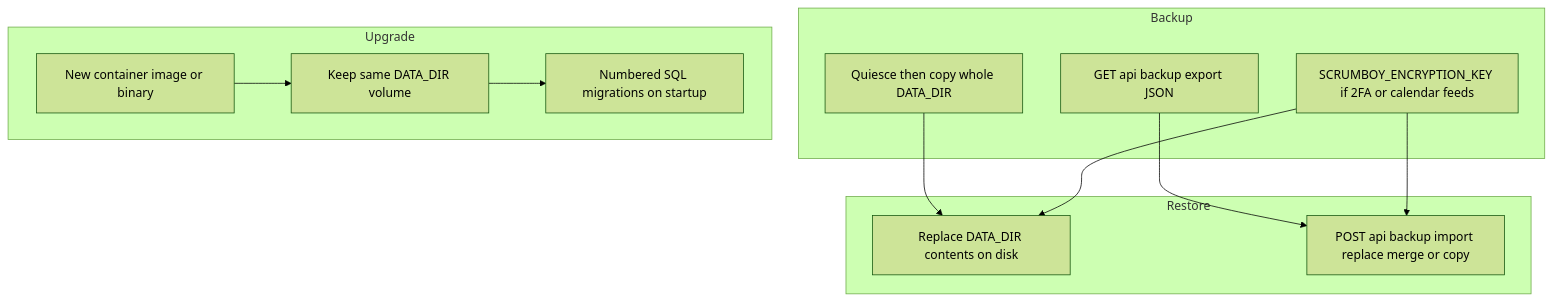
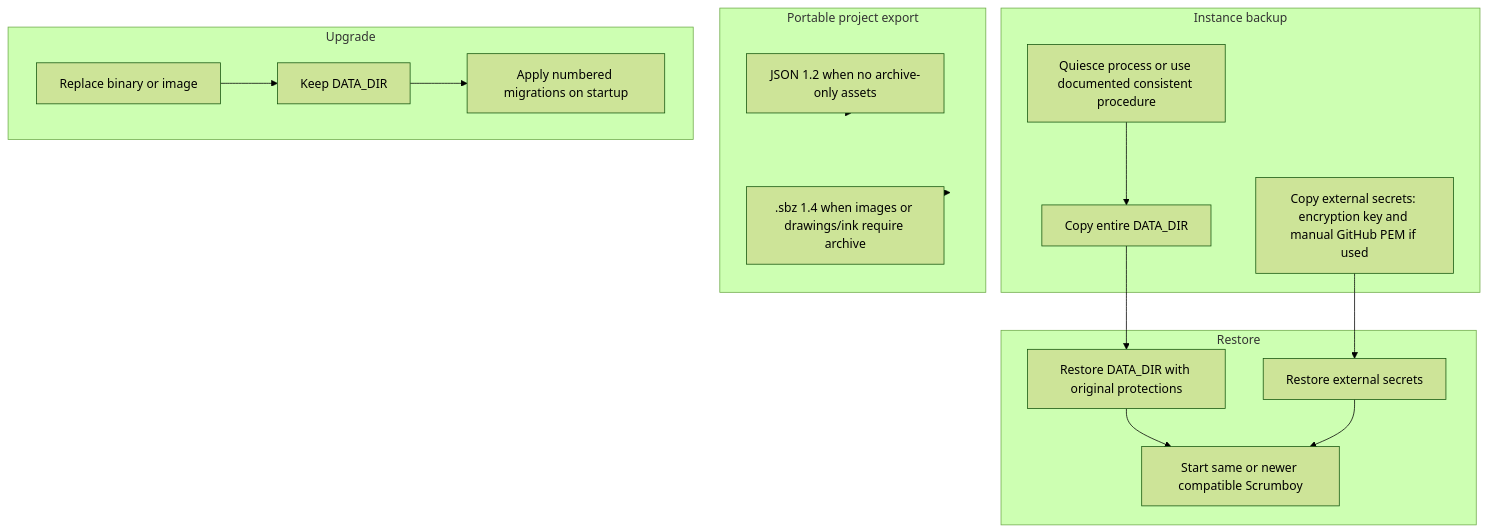
One commit to markrai/scrumboy changed the third of 3 diagrams in docs/diagrams/scrumboy_deployment_ops.md. Above: the diagram before and after it, drawn with Mermaid (forest theme). The commit also changed other lines of this file and 4 other files, not shown here.

First line of the commit message:
docs(diagrams): refresh system integration and persistence architecture

````diff
--- a/docs/diagrams/scrumboy_deployment_ops.md
+++ b/docs/diagrams/scrumboy_deployment_ops.md
@@ -79,25 +78,31 @@
 ```mermaid
 flowchart TB
-  subgraph backup [Backup]
-    FileCopy[Quiesce then copy whole DATA_DIR]
-    Export[GET api backup export JSON]
-    Key[SCRUMBOY_ENCRYPTION_KEY if 2FA or calendar feeds]
+  subgraph backup [Instance backup]
+    Stop[Quiesce process or use documented consistent procedure]
+    Copy[Copy entire DATA_DIR]
+    Secrets[Copy external secrets: encryption key and manual GitHub PEM if used]
+  end
+
+  subgraph logical [Portable project export]
+    Export[JSON 1.2 when no archive-only assets]
+    SBZ[".sbz 1.4 when images or drawings/ink require archive"]
   end
 
   subgraph restore [Restore]
-    Files[Replace DATA_DIR contents on disk]
-    Import[POST api backup import replace merge or copy]
+    Files[Restore DATA_DIR with original protections]
+    External[Restore external secrets]
+    Start[Start same or newer compatible Scrumboy]
   end
 
   subgraph upgrade [Upgrade]
-    NewBin[New container image or binary]
-    SameData[Keep same DATA_DIR volume]
-    AutoMig[Numbered SQL migrations on startup]
+    NewBin[Replace binary or image]
+    SameData[Keep DATA_DIR]
+    AutoMig[Apply numbered migrations on startup]
   end
 
-  FileCopy --> Files
-  Export --> Import
-  Key --> Files
-  Key --> Import
+  Stop --> Copy --> Files --> Start
+  Secrets --> External --> Start
+  Export --> logical
+  SBZ --> logical
   NewBin --> SameData --> AutoMig
 ```
````
